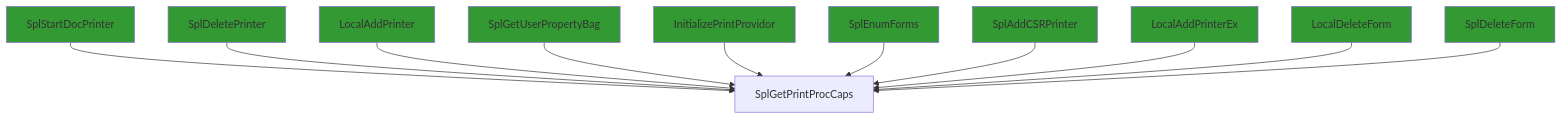
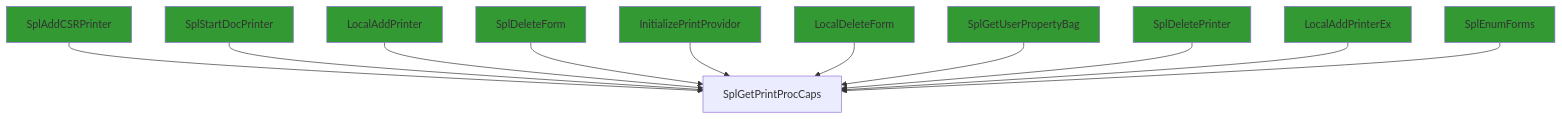
Before and after one commit to clearbluejar/ghidra-pyhidra-callgraphs: the second of 4 diagrams in .callgraphs/localspl.dll.x64.10.0.22000.376/SplGetPrintProcCaps.flow.md, drawn with Mermaid. The commit also changed other lines of this file and 15 other files, not shown here.

Commit message:
update with mermaid live links

````diff
--- a/.callgraphs/localspl.dll.x64.10.0.22000.376/SplGetPrintProcCaps.flow.md
+++ b/.callgraphs/localspl.dll.x64.10.0.22000.376/SplGetPrintProcCaps.flow.md
@@ -87,15 +91,15 @@
 ```mermaid
 flowchart TD
 classDef shaded fill:#339933
-7["SplStartDocPrinter"]:::shaded --> root["SplGetPrintProcCaps"]
-2["SplDeletePrinter"]:::shaded --> root["SplGetPrintProcCaps"]
-9["LocalAddPrinter"]:::shaded --> root["SplGetPrintProcCaps"]
-6["SplGetUserPropertyBag"]:::shaded --> root["SplGetPrintProcCaps"]
-3["InitializePrintProvidor"]:::shaded --> root["SplGetPrintProcCaps"]
-1["SplEnumForms"]:::shaded --> root["SplGetPrintProcCaps"]
-8["SplAddCSRPrinter"]:::shaded --> root["SplGetPrintProcCaps"]
-4["LocalAddPrinterEx"]:::shaded --> root["SplGetPrintProcCaps"]
-0["LocalDeleteForm"]:::shaded --> root["SplGetPrintProcCaps"]
-5["SplDeleteForm"]:::shaded --> root["SplGetPrintProcCaps"]
+0["SplAddCSRPrinter"]:::shaded --> root["SplGetPrintProcCaps"]
+3["SplStartDocPrinter"]:::shaded --> root["SplGetPrintProcCaps"]
+8["LocalAddPrinter"]:::shaded --> root["SplGetPrintProcCaps"]
+2["SplDeleteForm"]:::shaded --> root["SplGetPrintProcCaps"]
+6["InitializePrintProvidor"]:::shaded --> root["SplGetPrintProcCaps"]
+1["LocalDeleteForm"]:::shaded --> root["SplGetPrintProcCaps"]
+5["SplGetUserPropertyBag"]:::shaded --> root["SplGetPrintProcCaps"]
+4["SplDeletePrinter"]:::shaded --> root["SplGetPrintProcCaps"]
+9["LocalAddPrinterEx"]:::shaded --> root["SplGetPrintProcCaps"]
+7["SplEnumForms"]:::shaded --> root["SplGetPrintProcCaps"]
 
 ```
````
